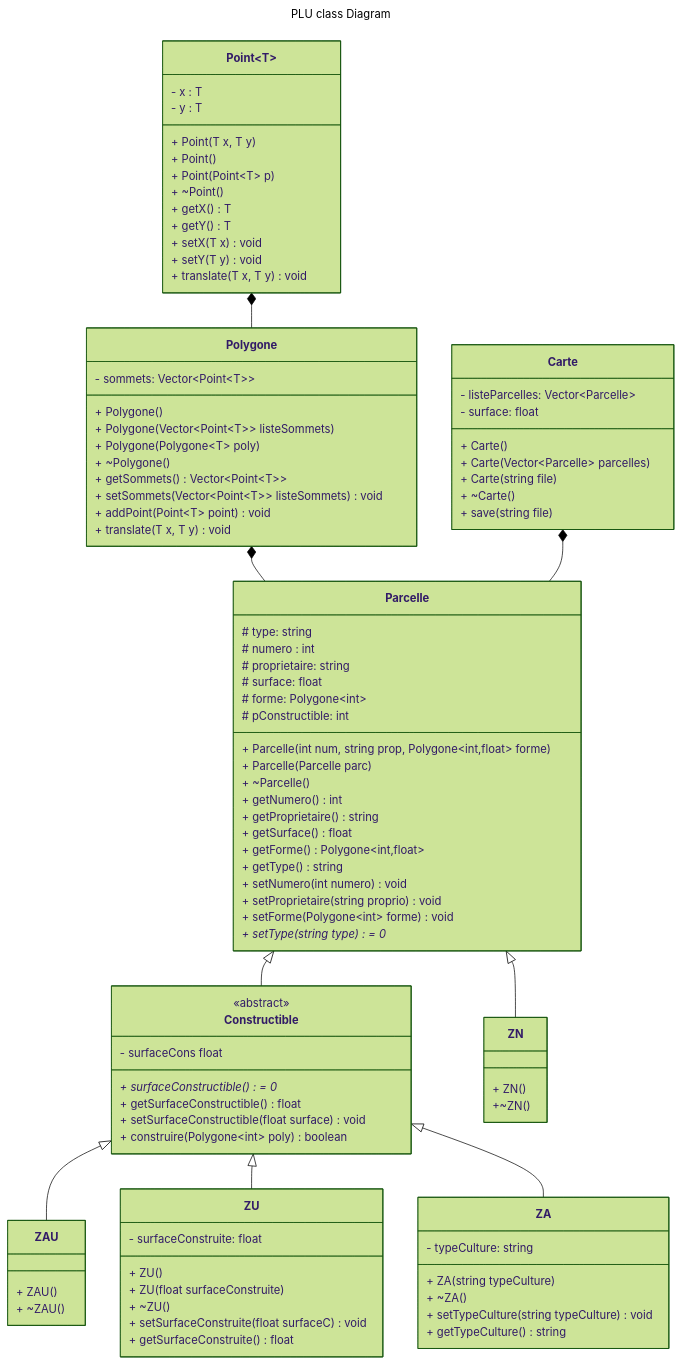
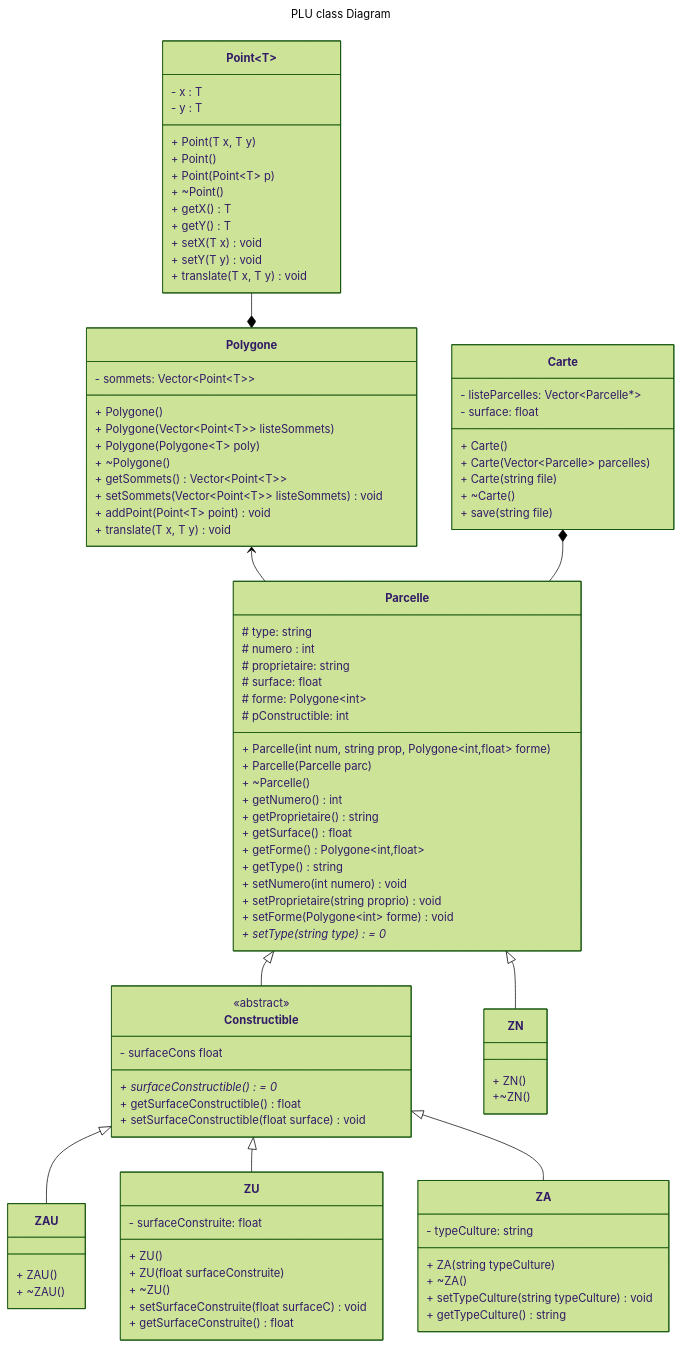
One commit to ECN-SEC-SMP/tp4-not-euge_anna_jack_nath changed the diagram in README.md. Above: the diagram before and after it, drawn with Mermaid (forest theme). The commit also changed other lines of this file, not shown here.

```diff
--- a/README.md
+++ b/README.md
@@ -40,8 +40,8 @@
     Constructible <|-- ZAU
     Constructible <|-- ZU
     Constructible <|-- ZA
-    Point~T~ *-- Polygone
-    Polygone *-- Parcelle
+    Point~T~ --* Polygone
+    Polygone <-- Parcelle
     Carte *-- Parcelle
 
     class Point~T~{
@@ -89,7 +89,7 @@
         + setType(string type) = 0*
     }
     class Carte {
-        - listeParcelles: Vector~Parcelle~
+        - listeParcelles: Vector~Parcelle*~
         - surface: float
         + Carte()
         + Carte(Vector~Parcelle~ parcelles)
@@ -103,7 +103,6 @@
         + surfaceConstructible() = 0*
         + getSurfaceConstructible() float
         + setSurfaceConstructible(float surface) void
-        + construire(Polygone~int~ poly) boolean
     }
     class ZN {
         + ZN()
```
